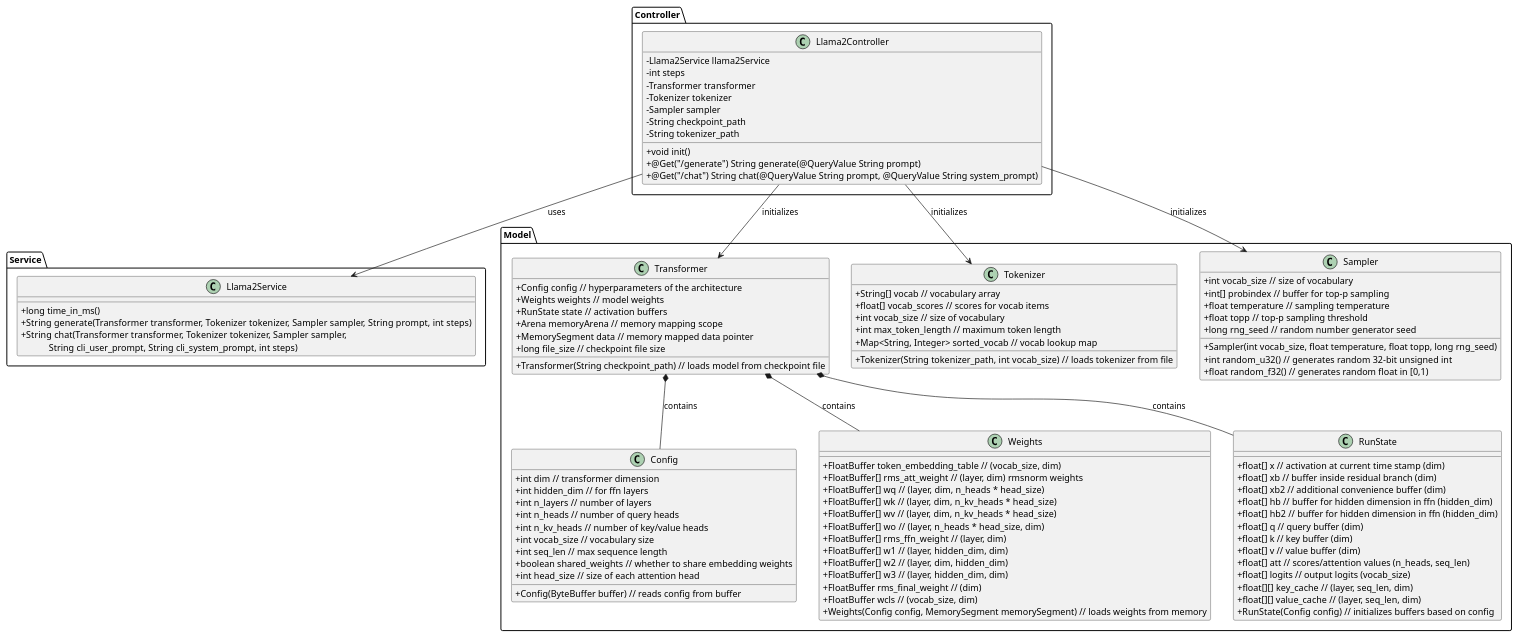
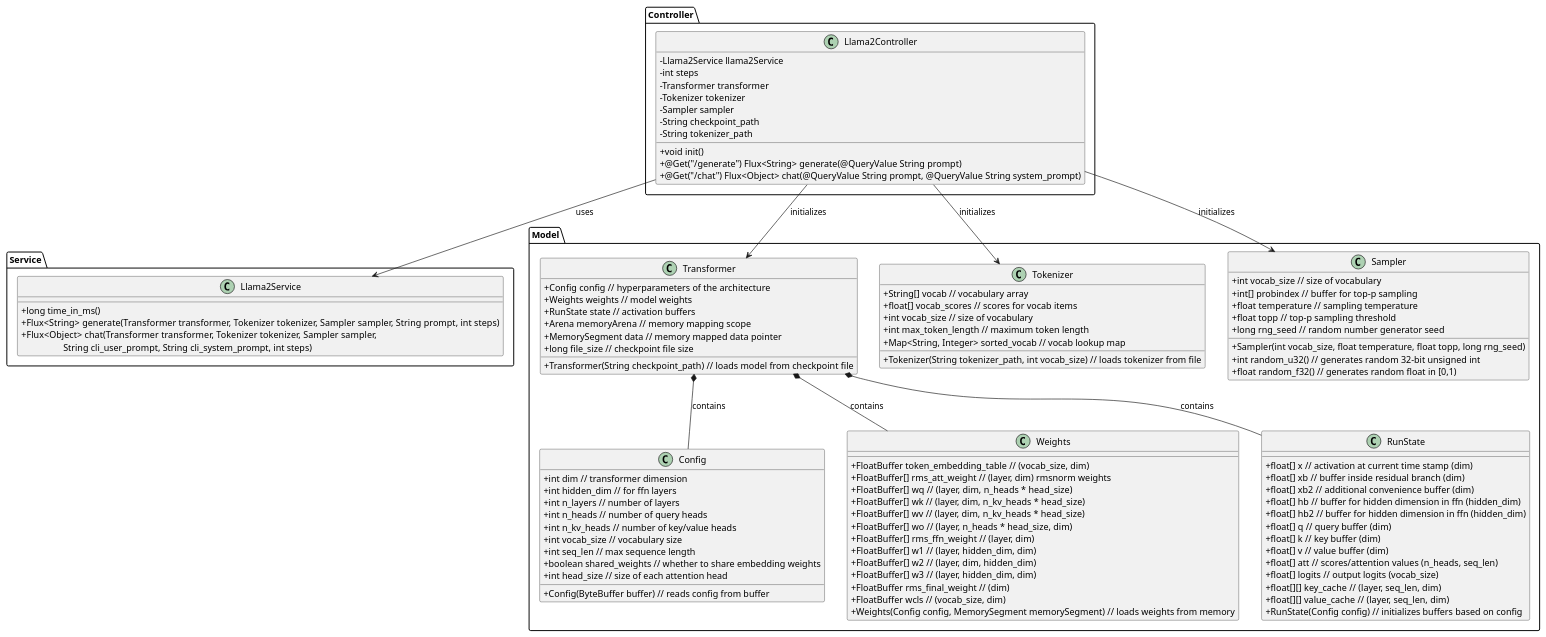
Before and after one commit to seehiong/micronaut-llama2: the first of 2 diagrams in README.md, drawn with PlantUML. The commit also changed other lines of this file and 3 other files, not shown here.

```diff
--- a/README.md
+++ b/README.md
@@ -86,16 +86,16 @@
     - String checkpoint_path
     - String tokenizer_path
     + void init()
-    + @Get("/generate") String generate(@QueryValue String prompt)
-    + @Get("/chat") String chat(@QueryValue String prompt, @QueryValue String system_prompt)
+    + @Get("/generate") Flux<String> generate(@QueryValue String prompt)
+    + @Get("/chat") Flux<Object> chat(@QueryValue String prompt, @QueryValue String system_prompt)
   }
 }
 
 package "Service" {
   class Llama2Service {
     + long time_in_ms()
-    + String generate(Transformer transformer, Tokenizer tokenizer, Sampler sampler, String prompt, int steps)
-    + String chat(Transformer transformer, Tokenizer tokenizer, Sampler sampler,\n            String cli_user_prompt, String cli_system_prompt, int steps)
+    + Flux<String> generate(Transformer transformer, Tokenizer tokenizer, Sampler sampler, String prompt, int steps)
+    + Flux<Object> chat(Transformer transformer, Tokenizer tokenizer, Sampler sampler,\n                  String cli_user_prompt, String cli_system_prompt, int steps)
   }
 }
 
```
